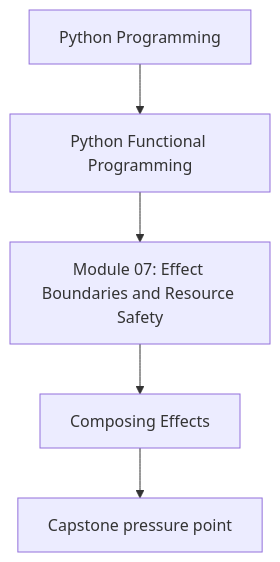
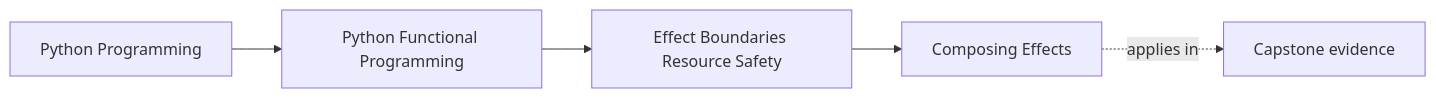
Before and after one commit to bijux/bijux-masterclass: the first of 2 diagrams in programs/python-programming/python-functional-programming/course-book/module-07-effect-boundaries-resource-safety/composing-effects.md, drawn with Mermaid. The commit also changed other lines of this file and 108 other files, not shown here.

Commit message:
docs(python-functional-programming): map capstone and advanced design surfaces

````diff
--- a/programs/python-programming/python-functional-programming/course-book/module-07-effect-boundaries-resource-safety/composing-effects.md
+++ b/programs/python-programming/python-functional-programming/course-book/module-07-effect-boundaries-resource-safety/composing-effects.md
@@ -7,7 +7,11 @@
 ```mermaid
-flowchart TD
-  family["Python Programming"] --> program["Python Functional Programming"]
-  program --> module["Module 07: Effect Boundaries and Resource Safety"]
-  module --> concept["Composing Effects"]
-  concept --> capstone["Capstone pressure point"]
+graph LR
+  family["Python Programming"]
+  program["Python Functional Programming"]
+  section["Effect Boundaries Resource Safety"]
+  page["Composing Effects"]
+  capstone["Capstone evidence"]
+
+  family --> program --> section --> page
+  page -.applies in.-> capstone
 ```
````
